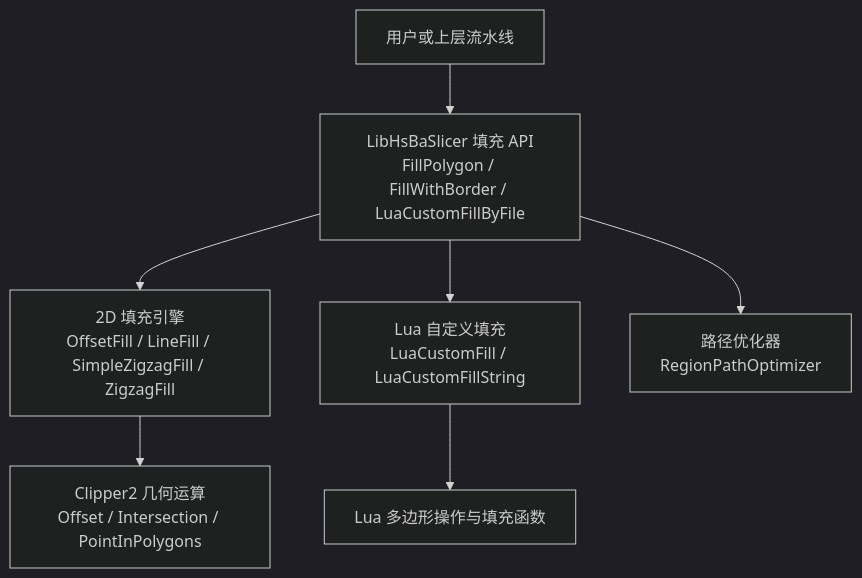
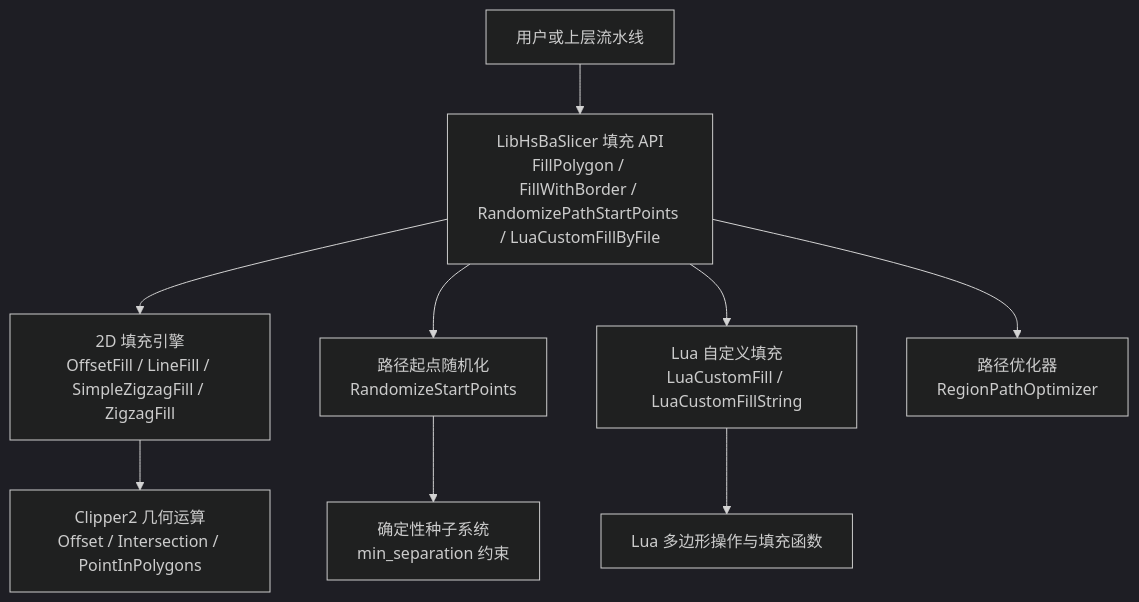
The first of 9 diagrams in .qoder/repowiki/zh/content/高级主题/LibHsBaSlicer 核心库/多边形填充系统.md (hsmbanlance/HsBaSlicer), drawn with Mermaid (dark theme) before and after one commit. The commit also changed other lines of this file and 365 other files, not shown here.

````diff
--- a/.qoder/repowiki/zh/content/高级主题/LibHsBaSlicer 核心库/多边形填充系统.md
+++ b/.qoder/repowiki/zh/content/高级主题/LibHsBaSlicer 核心库/多边形填充系统.md
@@ -45,9 +54,11 @@
 ```mermaid
 graph TB
-User["用户或上层流水线"] --> FillApi["LibHsBaSlicer 填充 API<br/>FillPolygon / FillWithBorder / LuaCustomFillByFile"]
+User["用户或上层流水线"] --> FillApi["LibHsBaSlicer 填充 API<br/>FillPolygon / FillWithBorder / RandomizePathStartPoints / LuaCustomFillByFile"]
 FillApi --> CoreFill["2D 填充引擎<br/>OffsetFill / LineFill / SimpleZigzagFill / ZigzagFill"]
+FillApi --> StartRandom["路径起点随机化<br/>RandomizeStartPoints"]
 FillApi --> LuaEngine["Lua 自定义填充<br/>LuaCustomFill / LuaCustomFillString"]
 CoreFill --> Geometry["Clipper2 几何运算<br/>Offset / Intersection / PointInPolygons"]
+StartRandom --> SeedSystem["确定性种子系统<br/>min_separation 约束"]
 LuaEngine --> LuaOps["Lua 多边形操作与填充函数"]
 FillApi --> PathOpt["路径优化器<br/>RegionPathOptimizer"]
 ```
````
